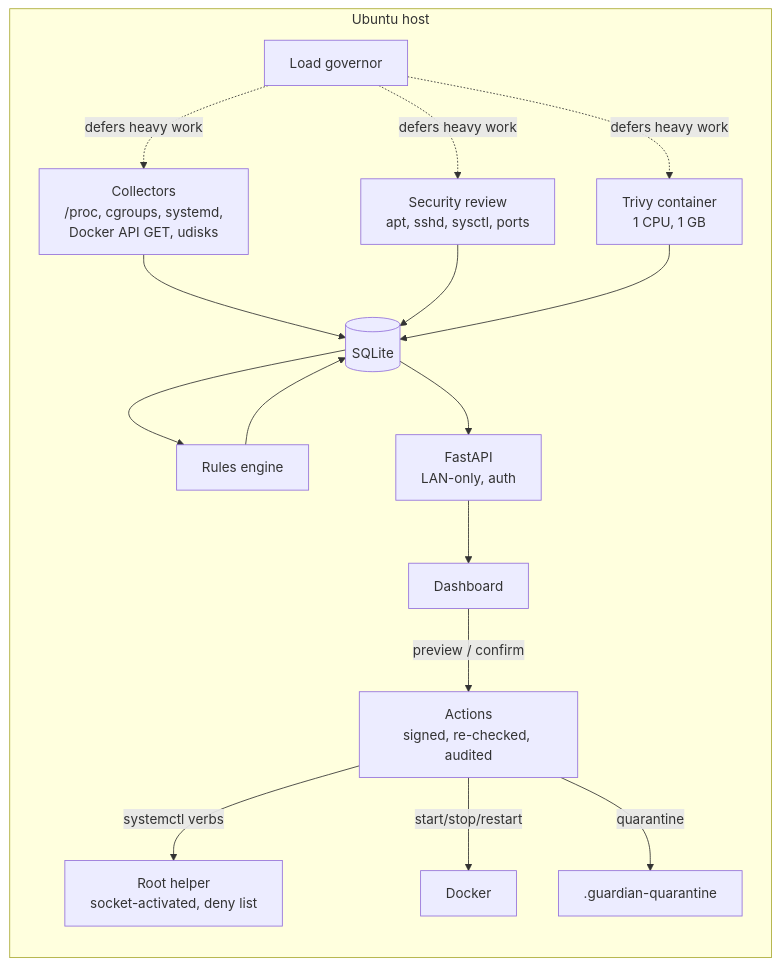
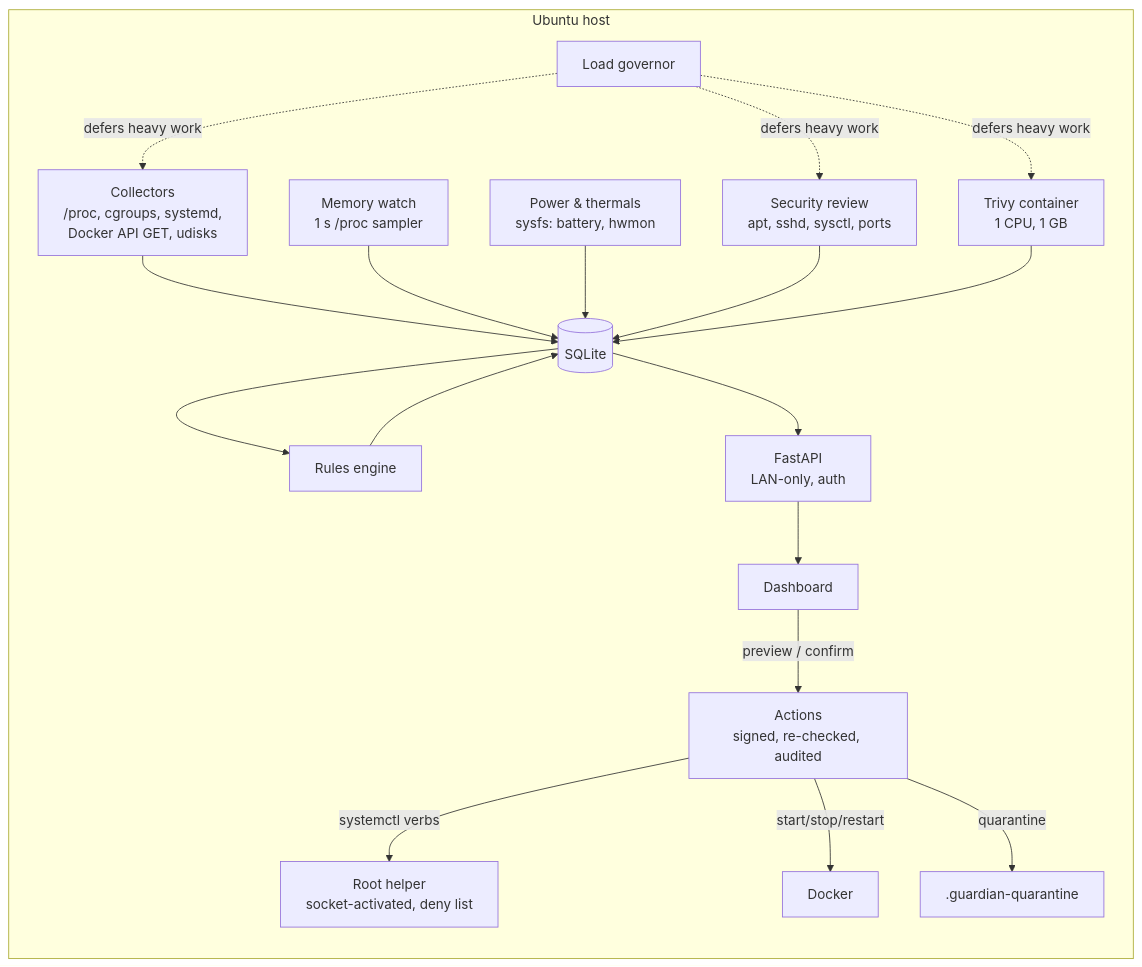
One commit to manojbarot1/ubuntu-guardian changed the diagram in README.md. Above: the diagram before and after it, drawn with Mermaid. The commit also changed other lines of this file and 14 other files, not shown here.

````diff
--- a/README.md
+++ b/README.md
@@ -303,15 +308,17 @@
 ```mermaid
 flowchart LR
   subgraph host[Ubuntu host]
     C[Collectors<br/>/proc, cgroups, systemd,<br/>Docker API GET, udisks] --> DB[(SQLite)]
+    M[Memory watch<br/>1 s /proc sampler] --> DB
+    H[Power & thermals<br/>sysfs: battery, hwmon] --> DB
     S[Security review<br/>apt, sshd, sysctl, ports] --> DB
     T[Trivy container<br/>1 CPU, 1 GB] --> DB
     G[Load governor] -. defers heavy work .-> C & S & T
     DB --> R[Rules engine] --> DB
     DB --> API[FastAPI<br/>LAN-only, auth] --> UI[Dashboard]
     UI -- preview / confirm --> A[Actions<br/>signed, re-checked, audited]
     A -- systemctl verbs --> X[Root helper<br/>socket-activated, deny list]
     A -- start/stop/restart --> D[Docker]
     A -- quarantine --> Q[.guardian-quarantine]
   end
 ```
````
